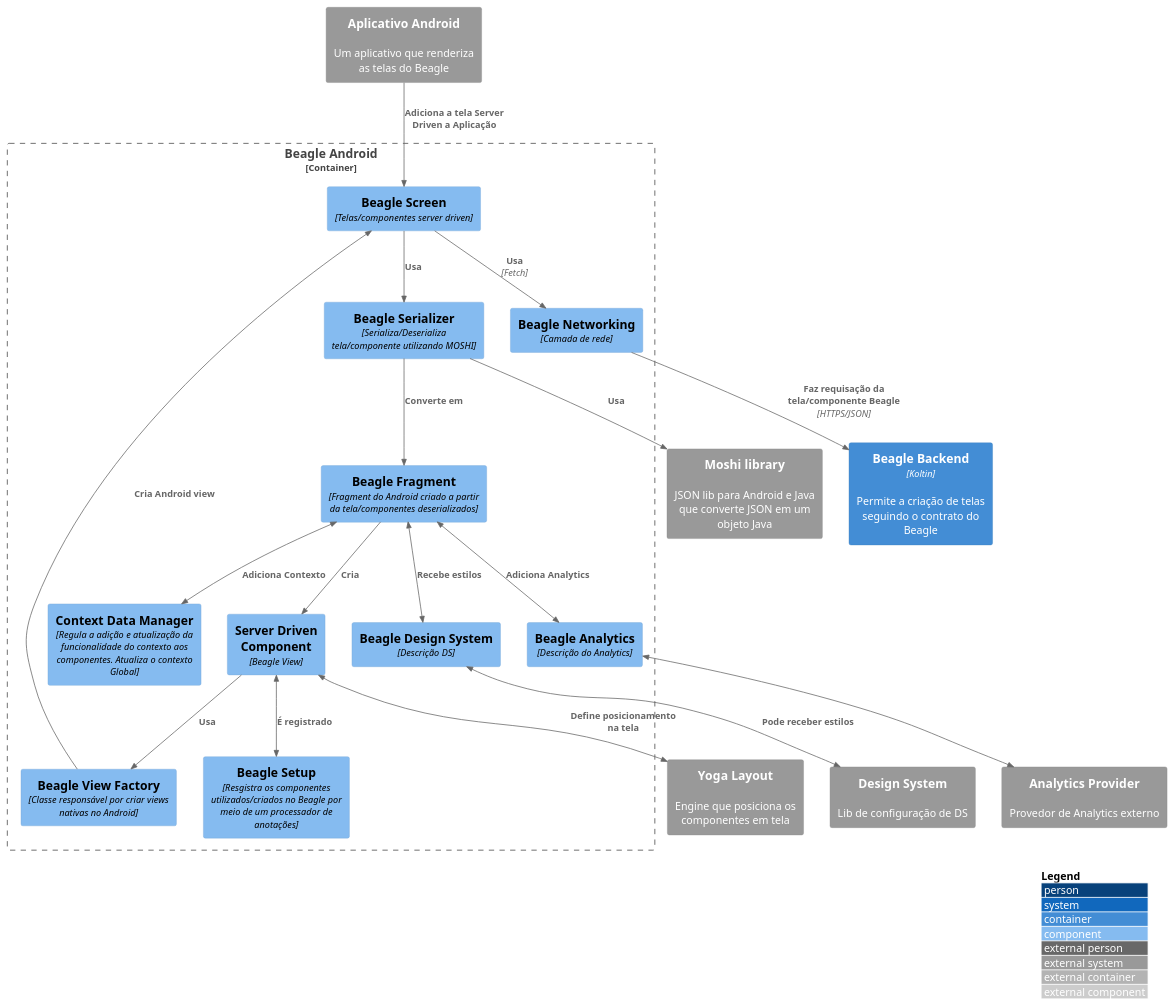
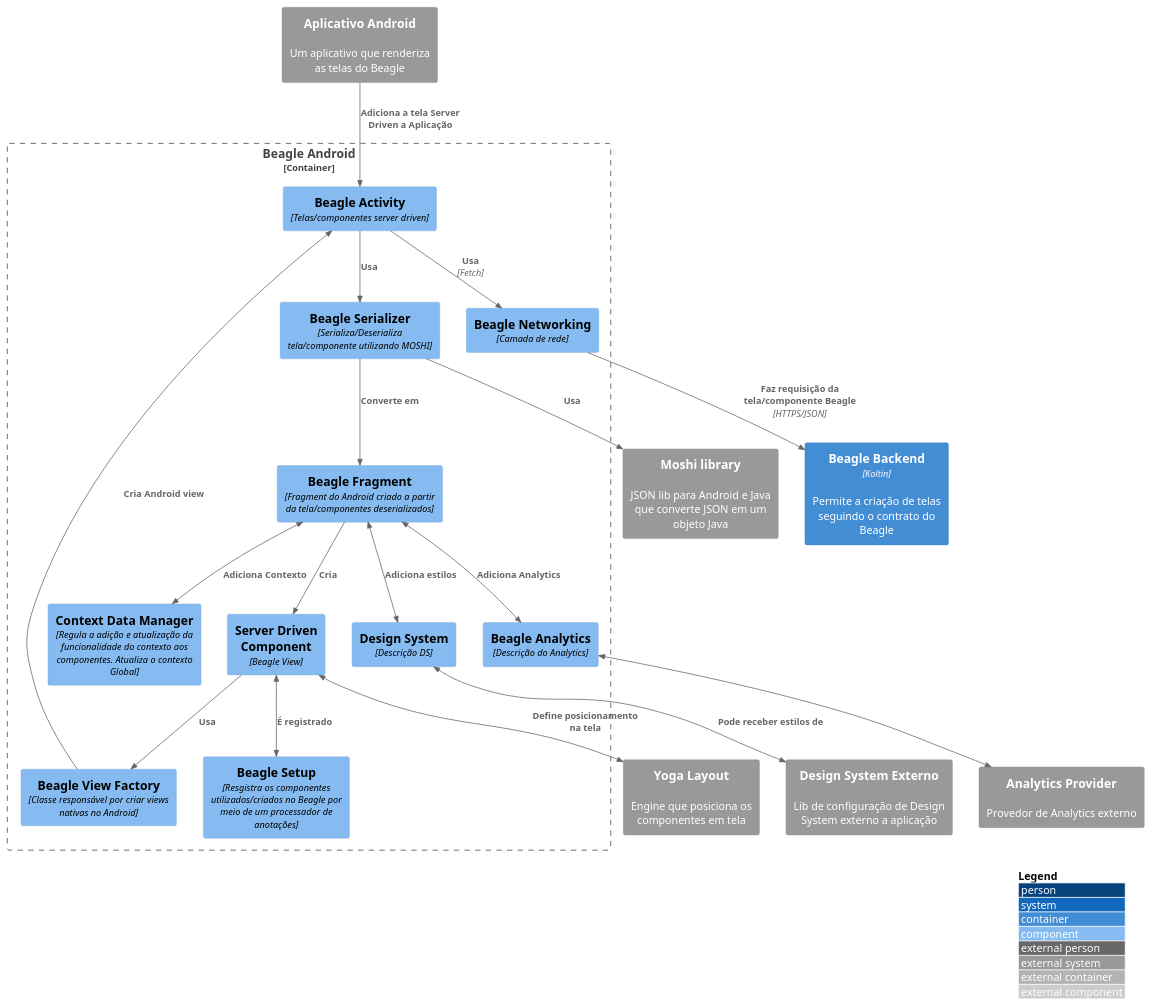
One commit to ZupIT/beagle-c4model changed the diagram in pt-br/src/C3 -  Component/Beagle Android/c3.puml. Above: the diagram before and after it, drawn with PlantUML. The commit also changed 2 other files, not shown here.

Commit message:
update site android

```diff
--- a/pt-br/src/C3 -  Component/Beagle Android/c3.puml
+++ b/pt-br/src/C3 -  Component/Beagle Android/c3.puml
@@ -1,43 +1,43 @@
 @startuml c2
 !include https://raw.githubusercontent.com/adrianvlupu/C4-PlantUML/latest/C4_Component.puml
 LAYOUT_WITH_LEGEND()
 
 System_Ext(frontend_app, "Aplicativo Android", "Um aplicativo que renderiza as telas do Beagle")
 System_Ext(moshi_lib, "Moshi library", "JSON lib para Android e Java que converte JSON em um objeto Java")
 System_Ext(yoga_layout, "Yoga Layout", "Engine que posiciona os componentes em tela")
-System_Ext(design_system, "Design System", "Lib de configuração de DS")
+System_Ext(design_system, "Design System Externo", "Lib de configuração de Design System externo a aplicação")
 System_Ext(analytics_provider, "Analytics Provider", "Provedor de Analytics externo")
 
 Container(beagle_backend, "Beagle Backend", "Koltin", "Permite a criação de telas seguindo o contrato do Beagle")
 
 Container_Boundary(beagle_android, "Beagle Android"){
   Component(beagle_networking, "Beagle Networking", "Camada de rede")
   Component(beagle_setup, "Beagle Setup", "Resgistra os componentes utilizados/criados no Beagle por meio de um processador de anotações")
-  Component(beagle_screen, "Beagle Screen", "Telas/componentes server driven")
+  Component(beagle_activity, "Beagle Activity", "Telas/componentes server driven")
   Component(beagle_serializer, "Beagle Serializer", "Serializa/Deserializa tela/componente utilizando MOSHI")
   Component(server_driven_component, "Server Driven Component", "Beagle View")
   Component(view_factory, "Beagle View Factory", "Classe responsável por criar views nativas no Android")
   Component(beagle_fragment, "Beagle Fragment", "Fragment do Android criado a partir da tela/componentes deserializados")
   Component(context_data_manager, "Context Data Manager", "Regula a adição e atualização da funcionalidade do contexto aos componentes. Atualiza o contexto Global")
   Component(beagle_analytic, "Beagle Analytics", "Descrição do Analytics")
-  Component(beagle_ds, "Beagle Design System", "Descrição DS")
+  Component(beagle_ds, "Design System", "Descrição DS")
 }
 
 BiRel(beagle_analytic, analytics_provider, "")
-BiRel(beagle_fragment, beagle_ds, "Recebe estilos")
-BiRel(beagle_ds, design_system, "Pode receber estilos")
+BiRel(beagle_fragment, beagle_ds, "Adiciona estilos")
+BiRel(beagle_ds, design_system, "Pode receber estilos de")
 BiRel(beagle_fragment, beagle_analytic, "Adiciona Analytics")
 BiRel(beagle_fragment, context_data_manager, "Adiciona Contexto")
 Rel(beagle_serializer, beagle_fragment, "Converte em")
-Rel(frontend_app, beagle_screen, "Adiciona a tela Server Driven a Aplicação")
-Rel(beagle_screen, beagle_networking, "Usa", "Fetch")
-Rel(beagle_networking, beagle_backend, "Faz requisação da tela/componente Beagle","HTTPS/JSON")
+Rel(frontend_app, beagle_activity, "Adiciona a tela Server Driven a Aplicação")
+Rel(beagle_activity, beagle_networking, "Usa", "Fetch")
+Rel(beagle_networking, beagle_backend, "Faz requisição da tela/componente Beagle","HTTPS/JSON")
 Rel(beagle_serializer, moshi_lib, "Usa")
-Rel(beagle_screen, beagle_serializer, "Usa")
+Rel(beagle_activity, beagle_serializer, "Usa")
 Rel(beagle_fragment, server_driven_component, "Cria")
 Rel(server_driven_component, view_factory, "Usa")
-Rel(view_factory, beagle_screen, "Cria Android view")
+Rel(view_factory, beagle_activity, "Cria Android view")
 BiRel(server_driven_component, beagle_setup, "É registrado")
 BiRel(server_driven_component, yoga_layout, "Define posicionamento na tela")
 
 @enduml
```
